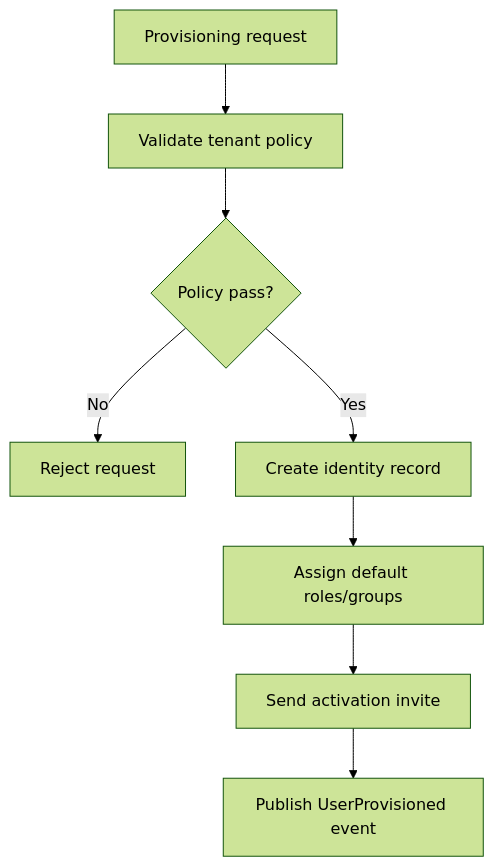
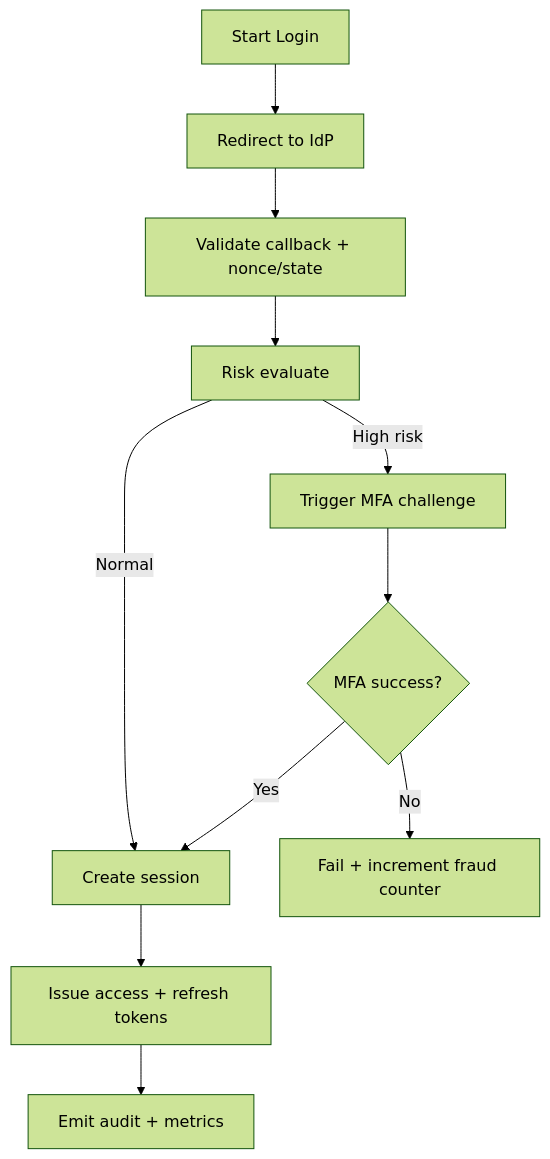
Before and after one commit to 0Ankit0/Project-Ideas: the first of 2 diagrams in Identity and Access Management Platform/analysis/activity-diagrams.md, drawn with Mermaid (forest theme). The commit also changed other lines of this file and 37 other files, not shown here.

````diff
--- a/Identity and Access Management Platform/analysis/activity-diagrams.md
+++ b/Identity and Access Management Platform/analysis/activity-diagrams.md
@@ -21,10 +4,13 @@
 ```mermaid
 flowchart TD
-    A[Provisioning request] --> B[Validate tenant policy]
-    B --> C{Policy pass?}
-    C -- No --> D[Reject request]
-    C -- Yes --> E[Create identity record]
-    E --> F[Assign default roles/groups]
-    F --> G[Send activation invite]
-    G --> H[Publish UserProvisioned event]
+    A[Start Login] --> B[Redirect to IdP]
+    B --> C[Validate callback + nonce/state]
+    C --> D[Risk evaluate]
+    D -->|High risk| E[Trigger MFA challenge]
+    D -->|Normal| F[Create session]
+    E --> G{MFA success?}
+    G -->|No| H[Fail + increment fraud counter]
+    G -->|Yes| F
+    F --> I[Issue access + refresh tokens]
+    I --> J[Emit audit + metrics]
 ```
````
